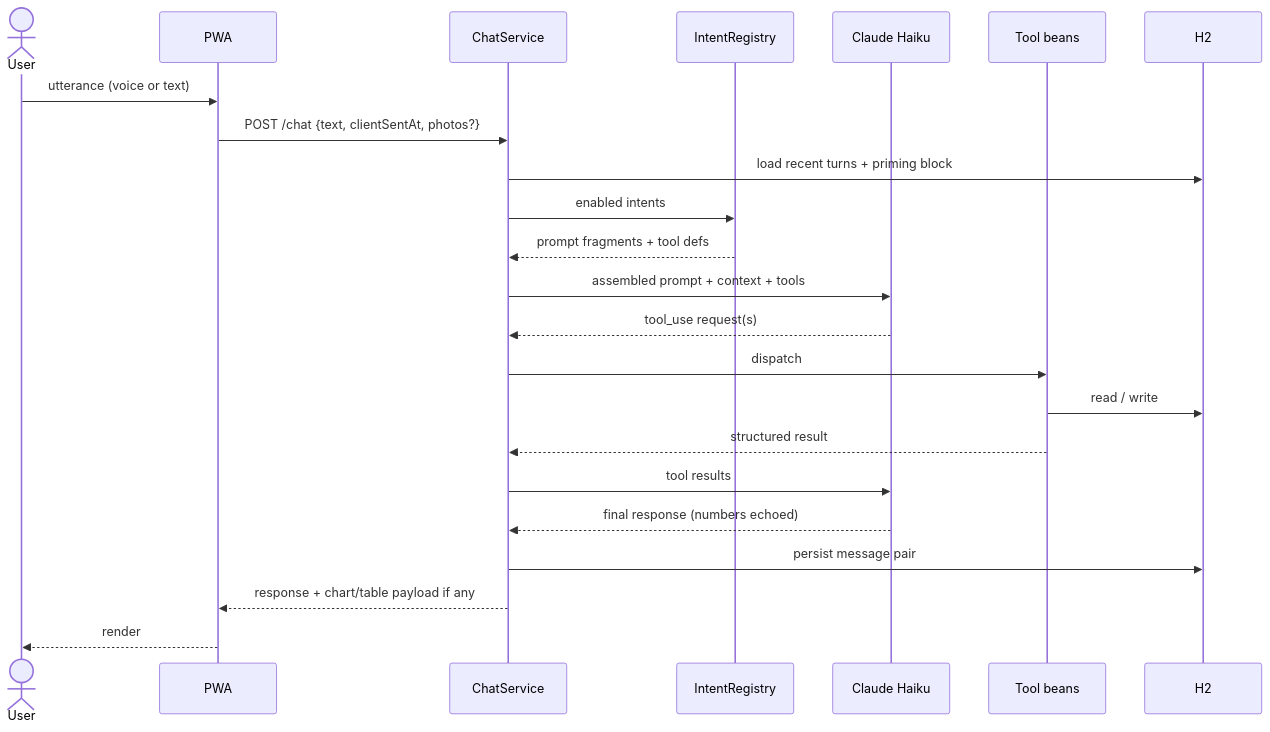
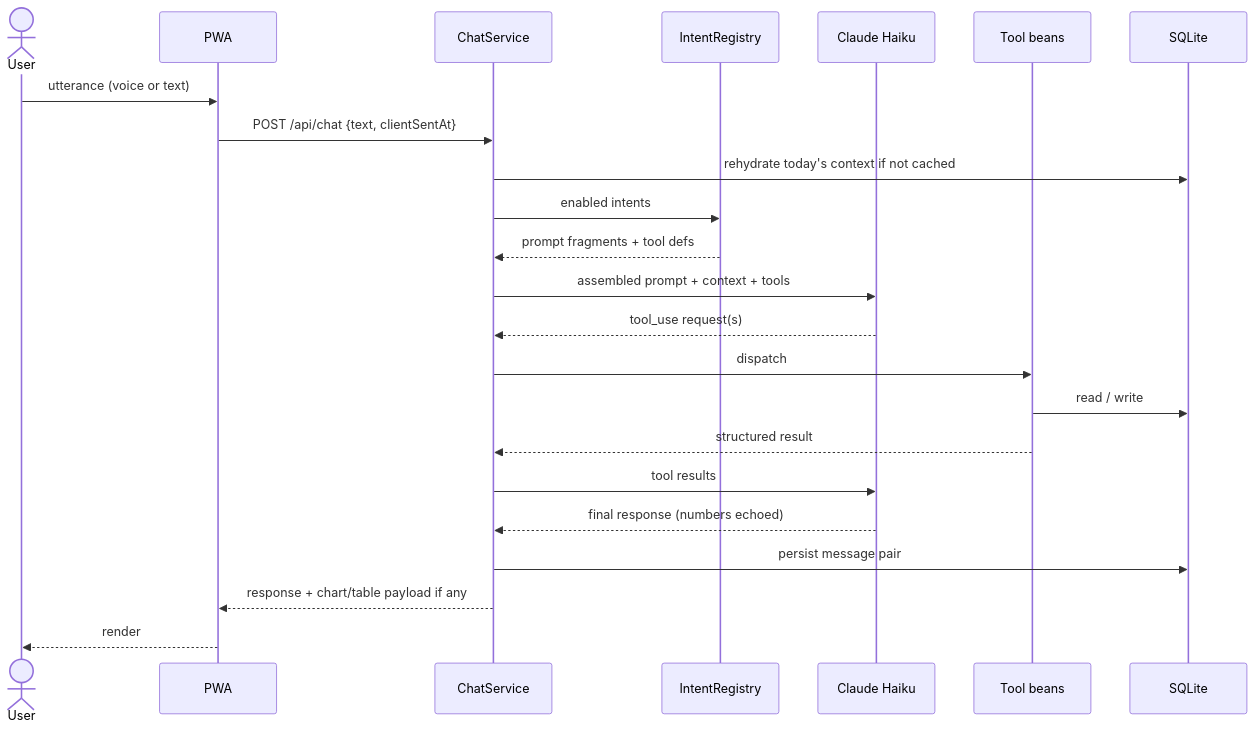
The third of 6 diagrams in SPEC.md (rodmxw11/chat-diet-open), drawn with Mermaid before and after one commit. The commit also changed other lines of this file, not shown here.

````diff
--- a/SPEC.md
+++ b/SPEC.md
@@ -435,26 +396,26 @@
 ```mermaid
 sequenceDiagram
     actor U as User
     participant P as PWA
     participant C as ChatService
     participant R as IntentRegistry
     participant H as Claude Haiku
     participant T as Tool beans
-    participant D as H2
+    participant D as SQLite
 
     U->>P: utterance (voice or text)
-    P->>C: POST /chat {text, clientSentAt, photos?}
-    C->>D: load recent turns + priming block
+    P->>C: POST /api/chat {text, clientSentAt}
+    C->>D: rehydrate today's context if not cached
     C->>R: enabled intents
     R-->>C: prompt fragments + tool defs
     C->>H: assembled prompt + context + tools
     H-->>C: tool_use request(s)
     C->>T: dispatch
     T->>D: read / write
     T-->>C: structured result
     C->>H: tool results
     H-->>C: final response (numbers echoed)
     C->>D: persist message pair
     C-->>P: response + chart/table payload if any
     P-->>U: render
 ```
````
